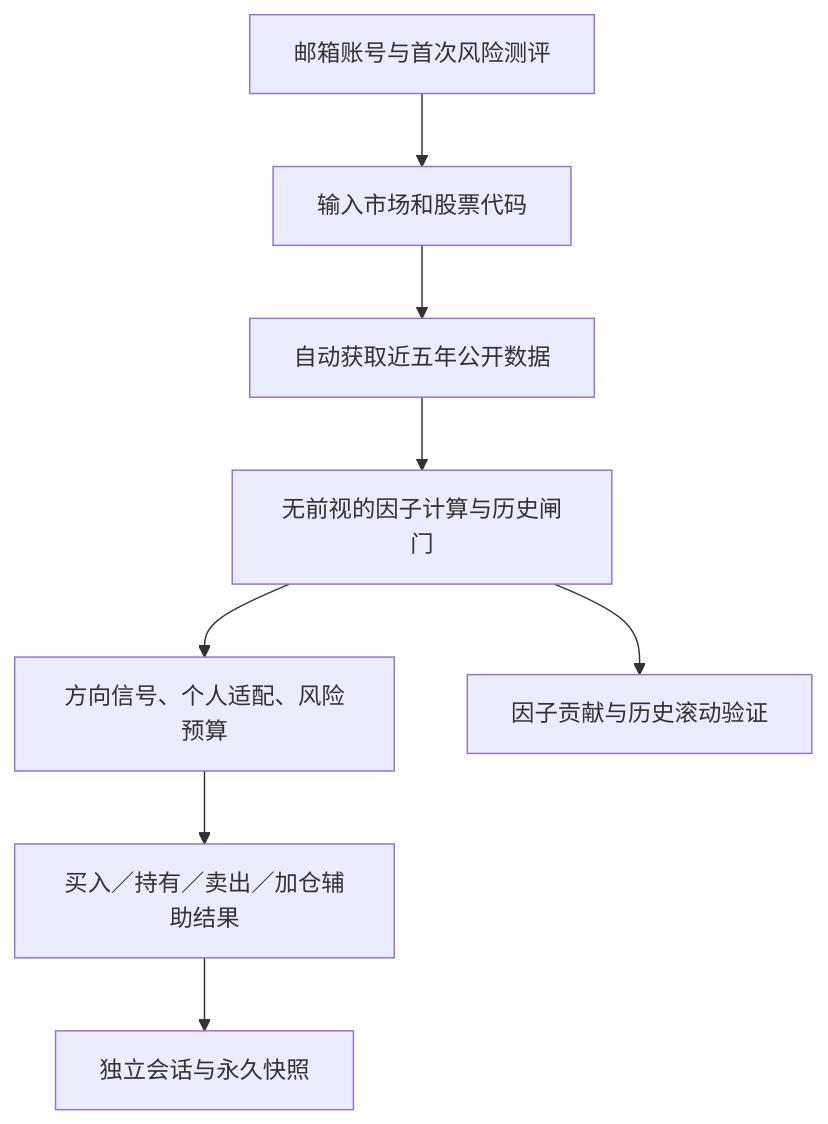
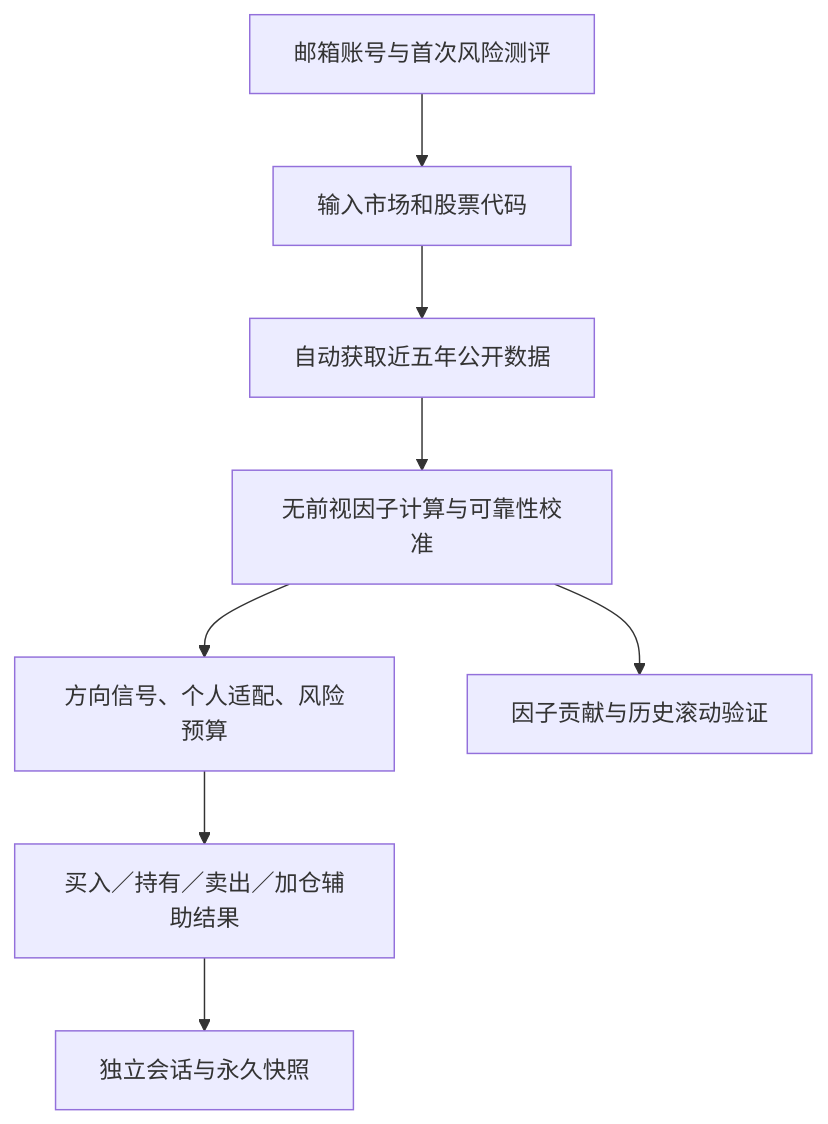
One commit to Yeti33-web/stock-agent-v41 changed the diagram in README.md. Above: the diagram before and after it, drawn with Mermaid. The commit also changed other lines of this file and 14 other files, not shown here.

````diff
--- a/README.md
+++ b/README.md
@@ -26,10 +25,10 @@
 ```mermaid
 flowchart TD
     A[邮箱账号与首次风险测评] --> B[输入市场和股票代码]
     B --> C[自动获取近五年公开数据]
-    C --> D[无前视的因子计算与历史闸门]
+    C --> D[无前视因子计算与可靠性校准]
     D --> E[方向信号、个人适配、风险预算]
     E --> F[买入／持有／卖出／加仓辅助结果]
     F --> G[独立会话与永久快照]
     D --> H[因子贡献与历史滚动验证]
 ```
````
